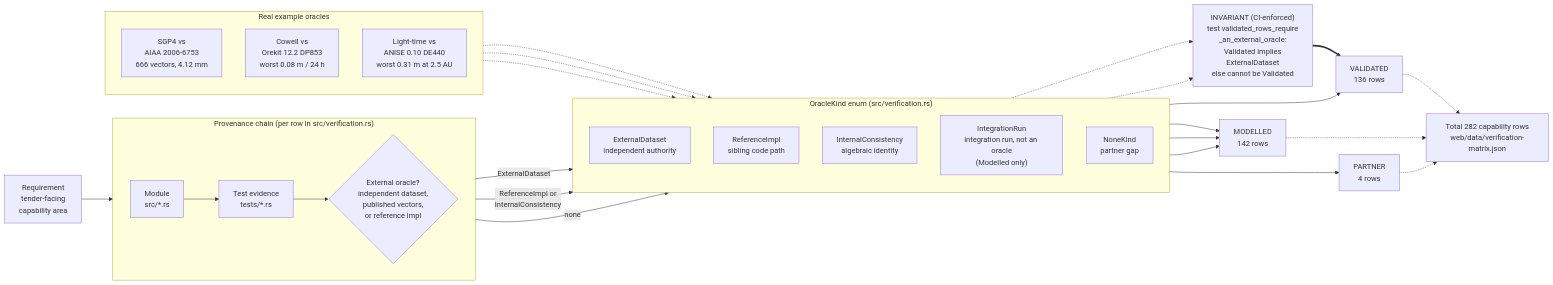
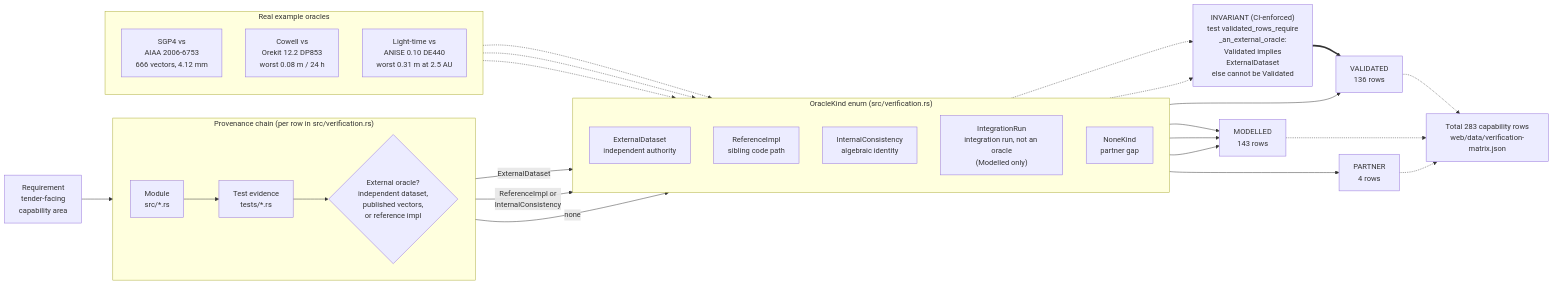
The diagram in docs/diagrams/validation-provenance.mmd (ashfordeOU/kshana), drawn with Mermaid before and after one commit. The commit also changed 36 other files, not shown here.

Commit message:
fut-19: regenerate (283: 136 V / 143 M / 4 P; 83 kinds; 157 scenario files) — README, MCP README, slash command, tutorials, diagrams, README assets, field-units schema

```diff
--- a/docs/diagrams/validation-provenance.mmd
+++ b/docs/diagrams/validation-provenance.mmd
@@ -1,51 +1,51 @@
 flowchart LR
     REQ["Requirement<br/>tender-facing<br/>capability area"]
 
     subgraph CHAIN["Provenance chain (per row in src/verification.rs)"]
         direction LR
         MOD["Module<br/>src/*.rs"]
         TST["Test evidence<br/>tests/*.rs"]
         ORA{"External oracle?<br/>independent dataset,<br/>published vectors,<br/>or reference impl"}
     end
 
     REQ --> MOD --> TST --> ORA
 
     subgraph KINDS["OracleKind enum (src/verification.rs)"]
         direction TD
         EXT["ExternalDataset<br/>independent authority"]
         REF["ReferenceImpl<br/>sibling code path"]
         INT["InternalConsistency<br/>algebraic identity"]
         IRN["IntegrationRun<br/>integration run, not an oracle<br/>(Modelled only)"]
         NON["NoneKind<br/>partner gap"]
     end
 
     ORA -->|ExternalDataset| EXT
     ORA -->|"ReferenceImpl or<br/>InternalConsistency"| INT
     ORA -->|none| NON
 
     GUARD["INVARIANT (CI-enforced)<br/>test validated_rows_require<br/>_an_external_oracle:<br/>Validated implies<br/>ExternalDataset<br/>else cannot be Validated"]
     EXT -.-> GUARD
     INT -.-> GUARD
 
     EXT --> VAL["VALIDATED<br/>136 rows"]
-    REF --> MDL["MODELLED<br/>142 rows"]
+    REF --> MDL["MODELLED<br/>143 rows"]
     INT --> MDL
     IRN --> MDL
     NON --> PRT["PARTNER<br/>4 rows"]
     GUARD ==> VAL
 
     subgraph EX["Real example oracles"]
         direction TD
         E1["SGP4 vs<br/>AIAA 2006-6753<br/>666 vectors, 4.12 mm"]
         E2["Cowell vs<br/>Orekit 12.2 DP853<br/>worst 0.08 m / 24 h"]
         E3["Light-time vs<br/>ANISE 0.10 DE440<br/>worst 0.31 m at 2.5 AU"]
     end
 
     E1 -.-> EXT
     E2 -.-> EXT
     E3 -.-> EXT
 
-    TOTAL["Total 282 capability rows<br/>web/data/verification-matrix.json"]
+    TOTAL["Total 283 capability rows<br/>web/data/verification-matrix.json"]
     VAL -.-> TOTAL
     MDL -.-> TOTAL
     PRT -.-> TOTAL
```
